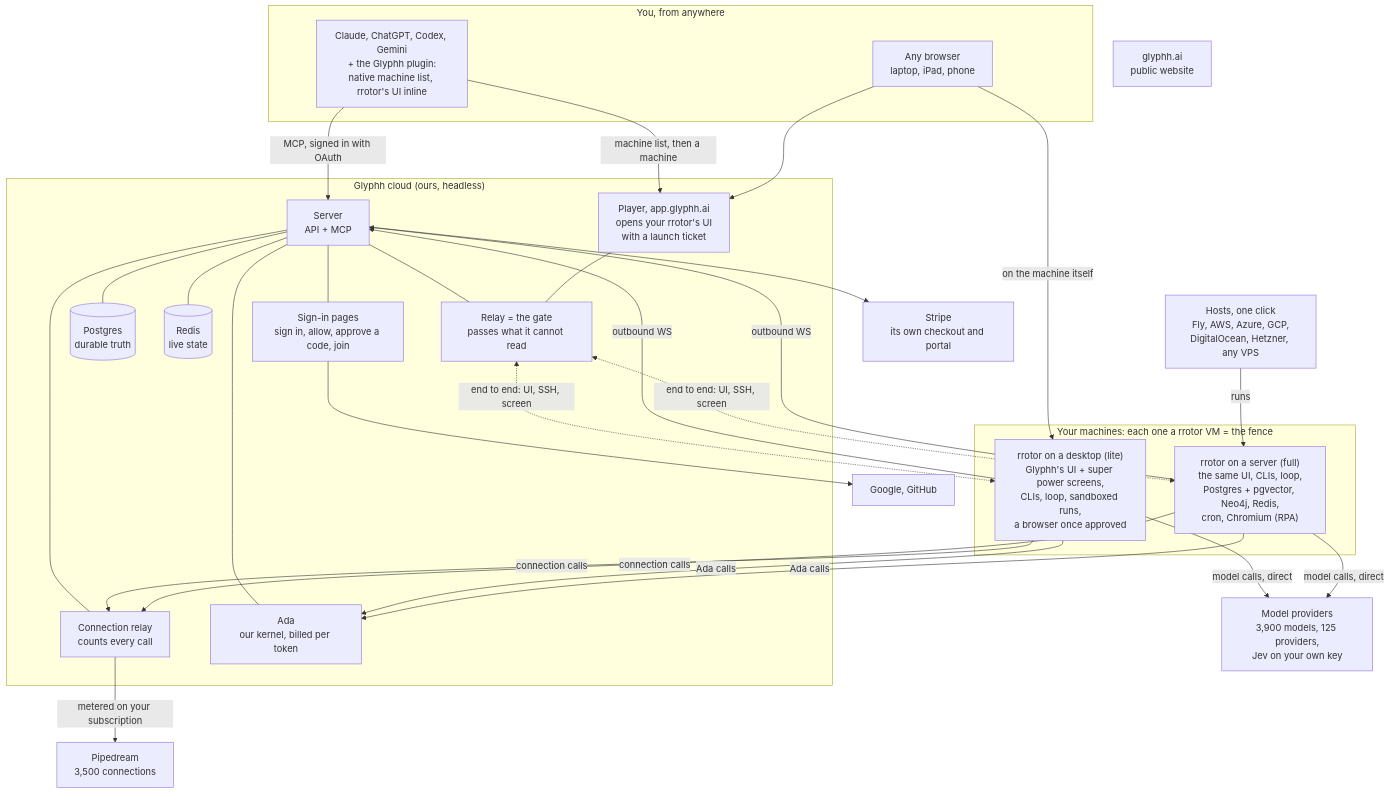
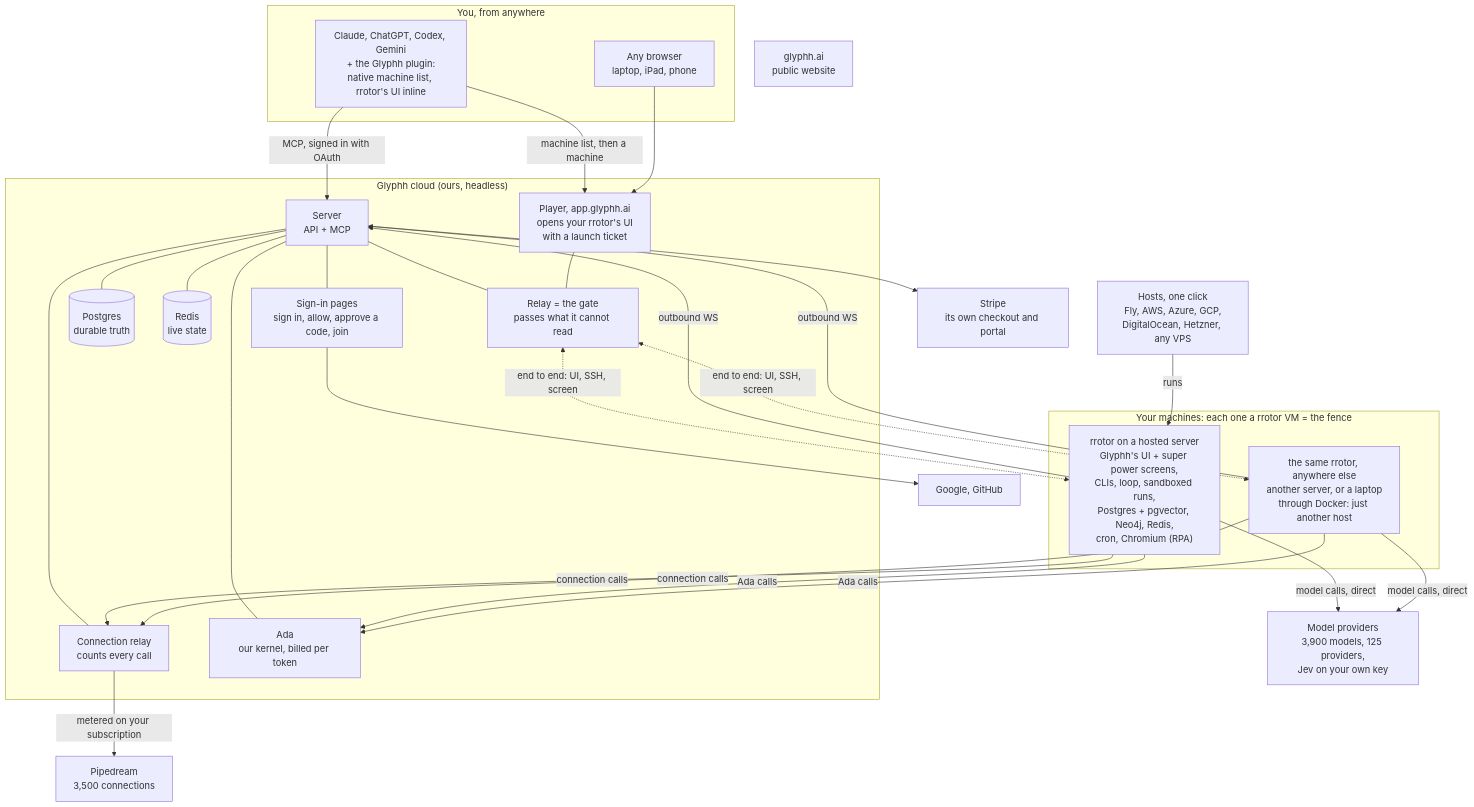
Before and after one commit to glyphh-ai/server: the diagram in docs/architecture.md, drawn with Mermaid. The commit also changed other lines of this file and 4 other files, not shown here.

Commit message:
One rrotor, the full one, everywhere: no lite edition, no desktop helper, no browser approval; a laptop is just another Docker host

````diff
--- a/docs/architecture.md
+++ b/docs/architecture.md
@@ -3,56 +3,55 @@
 ```mermaid
 flowchart TB
     subgraph You["You, from anywhere"]
         Claude["Claude, ChatGPT, Codex, Gemini<br/>+ the Glyphh plugin:<br/>native machine list, rrotor's UI inline"]
         Browser["Any browser<br/>laptop, iPad, phone"]
     end
 
     subgraph Cloud["Glyphh cloud (ours, headless)"]
         Pages["Sign-in pages<br/>sign in, allow, approve a code, join"]
         Player["Player, app.glyphh.ai<br/>opens your rrotor's UI<br/>with a launch ticket"]
         Server["Server<br/>API + MCP"]
         DB[("Postgres<br/>durable truth")]
         Live[("Redis<br/>live state")]
         Relay["Relay = the gate<br/>passes what it cannot read"]
         ConnRelay["Connection relay<br/>counts every call"]
         Ada["Ada<br/>our kernel, billed per token"]
         Server --- DB
         Server --- Live
         Server --- Relay
         Server --- ConnRelay
         Server --- Ada
         Server --- Pages
         Player --- Relay
     end
 
     subgraph Yours["Your machines: each one a rrotor VM = the fence"]
-        R1["rrotor on a desktop (lite)<br/>Glyphh's UI + super power screens,<br/>CLIs, loop, sandboxed runs,<br/>a browser once approved"]
-        R2["rrotor on a server (full)<br/>the same UI, CLIs, loop,<br/>Postgres + pgvector, Neo4j, Redis,<br/>cron, Chromium (RPA)"]
+        R1["rrotor on a hosted server<br/>Glyphh's UI + super power screens,<br/>CLIs, loop, sandboxed runs,<br/>Postgres + pgvector, Neo4j, Redis,<br/>cron, Chromium (RPA)"]
+        R2["the same rrotor, anywhere else<br/>another server, or a laptop<br/>through Docker: just another host"]
     end
 
     Hosts["Hosts, one click<br/>Fly, AWS, Azure, GCP,<br/>DigitalOcean, Hetzner, any VPS"]
     Site["glyphh.ai<br/>public website"]
     Providers["Model providers<br/>3,900 models, 125 providers,<br/>Jev on your own key"]
     Pipedream["Pipedream<br/>3,500 connections"]
     Stripe["Stripe<br/>its own checkout and portal"]
     SignIn["Google, GitHub"]
 
     Claude -- "MCP, signed in with OAuth" --> Server
     Claude -- "machine list, then a machine" --> Player
     Browser --> Player
-    Browser -- "on the machine itself" --> R1
     Relay <-. "end to end: UI, SSH, screen" .-> R1
     Relay <-. "end to end: UI, SSH, screen" .-> R2
     R1 -- "outbound WS" --> Server
     R2 -- "outbound WS" --> Server
     R1 -- "model calls, direct" --> Providers
     R2 -- "model calls, direct" --> Providers
     R1 -- "connection calls" --> ConnRelay
     R2 -- "connection calls" --> ConnRelay
     R1 -- "Ada calls" --> Ada
     R2 -- "Ada calls" --> Ada
     ConnRelay -- "metered on your subscription" --> Pipedream
-    Hosts -- "runs" --> R2
+    Hosts -- "runs" --> R1
     Pages --> SignIn
     Server --> Stripe
 ```
````
